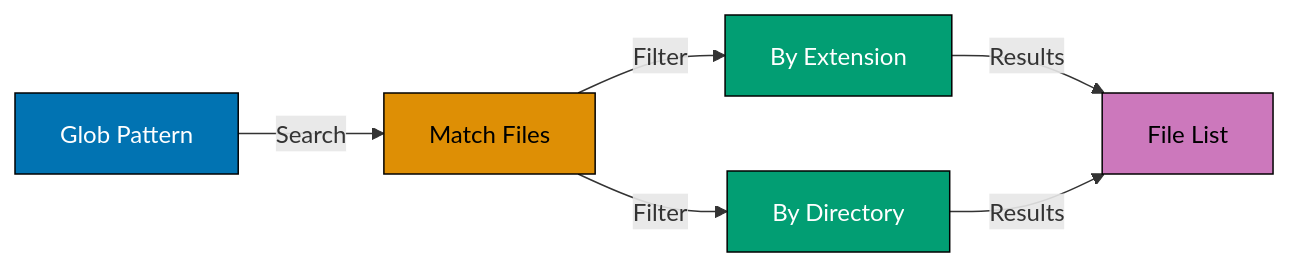
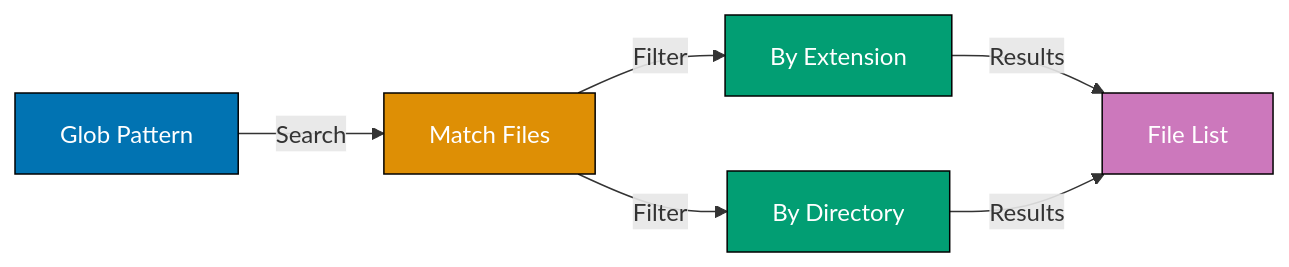
The first of 10 diagrams in apps/ayokoding-web/content/en/learn/software-engineering/automation-tools/claude-code/by-example/advanced.md (wahidyankf/open-sharia-enterprise), drawn with Mermaid before and after one commit. The commit also changed other lines of this file and 61 other files, not shown here.

First line of the commit message:
fix(ayokoding-web): quote Mermaid node labels with special characters in Example 63

````diff
--- a/apps/ayokoding-web/content/en/learn/software-engineering/automation-tools/claude-code/by-example/advanced.md
+++ b/apps/ayokoding-web/content/en/learn/software-engineering/automation-tools/claude-code/by-example/advanced.md
@@ -18,14 +18,14 @@
 ```mermaid
 graph LR
     A[Glob Pattern] -->|Search| B[Match Files]
     B -->|Filter| C[By Extension]
     B -->|Filter| D[By Directory]
     C -->|Results| E[File List]
     D -->|Results| E
 
     style A fill:#0173B2,stroke:#000,color:#fff
-    style B fill:#DE8F05,stroke:#000,color:#000
+    style B fill:#DE8F05,stroke:#000,color:#fff
     style C fill:#029E73,stroke:#000,color:#fff
     style D fill:#029E73,stroke:#000,color:#fff
-    style E fill:#CC78BC,stroke:#000,color:#000
+    style E fill:#CC78BC,stroke:#000,color:#fff
 ```
````
